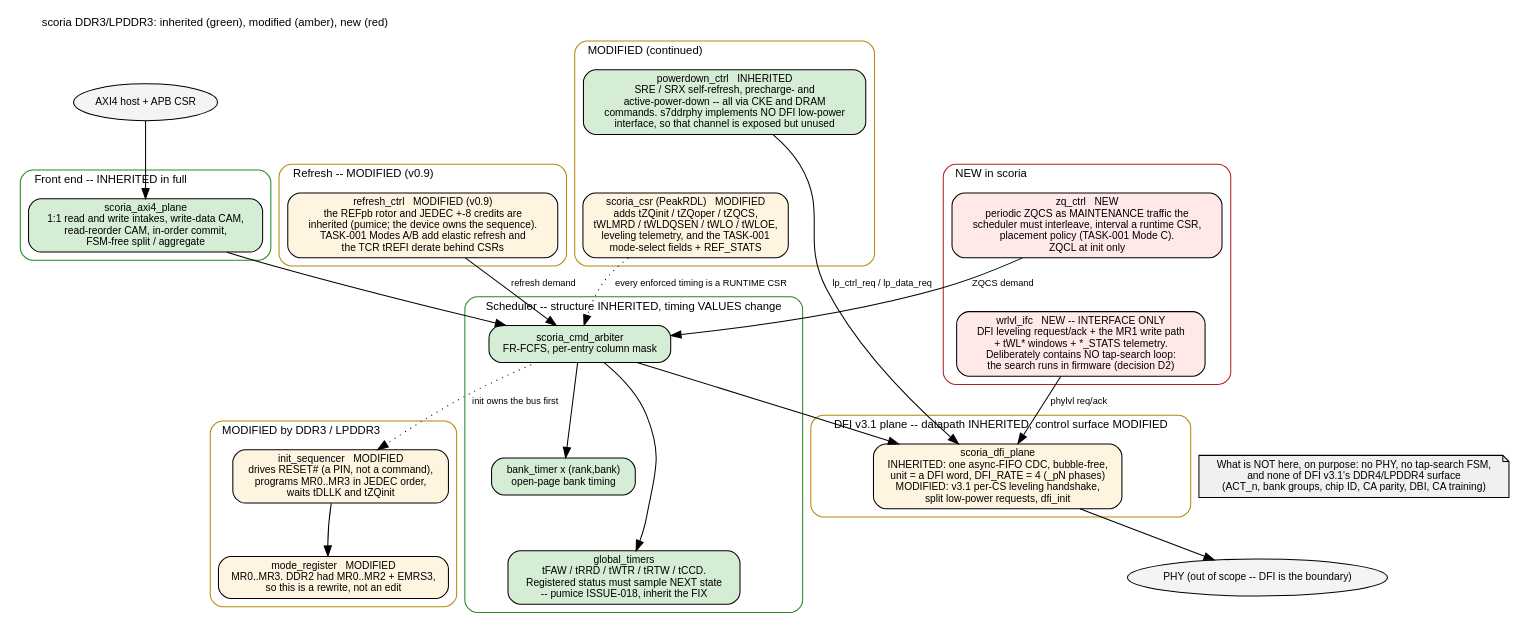
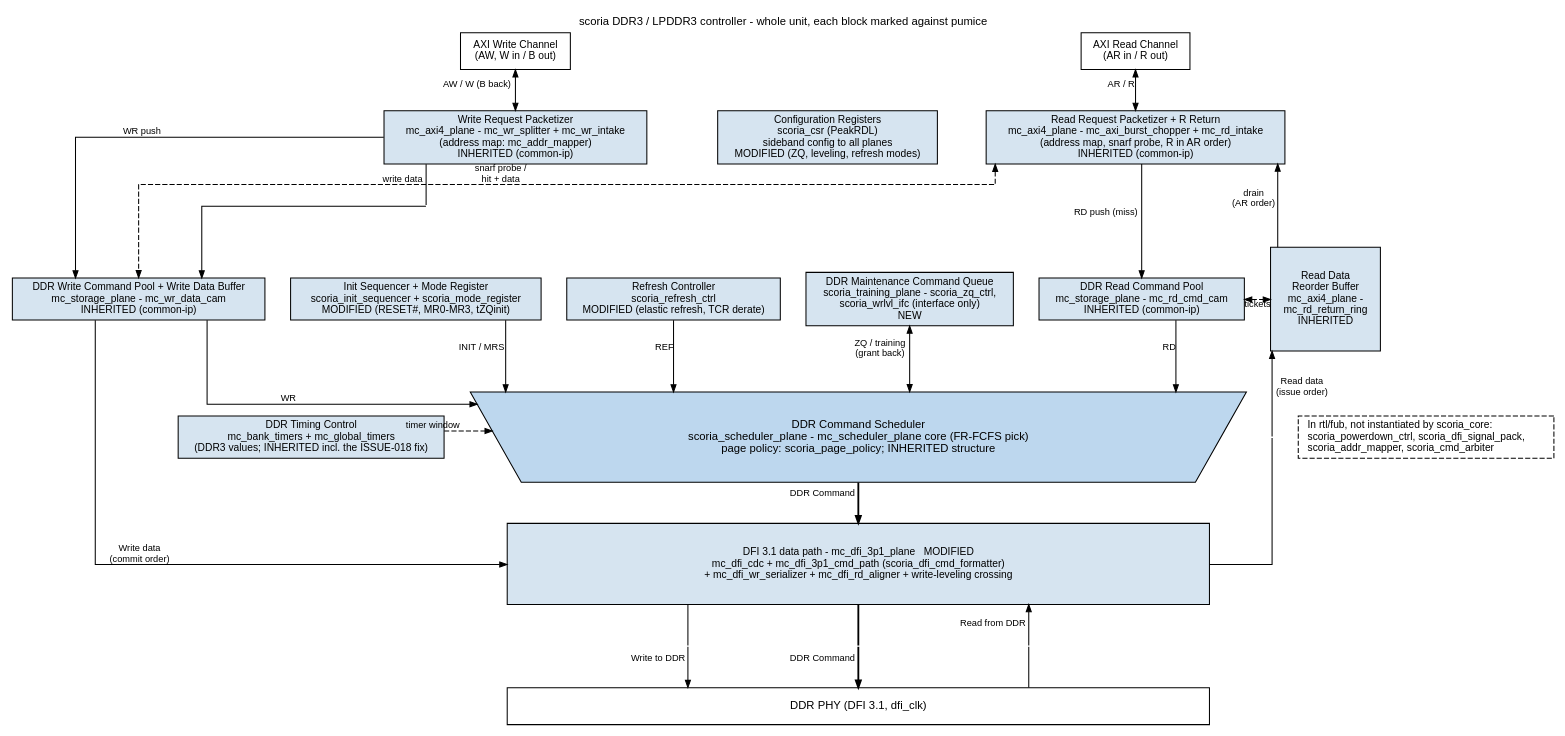
Before and after one commit to sean-galloway/RTLDesignSherpa: the diagram in projects/components/mem-ctrl-ip/research-ip/scoria-ddr3-lpddr3/docs/scoria_has/assets/graphviz/01_block_diagram.dot, drawn with Graphviz. The commit also changed 99 other files, not shown here.

```diff
--- a/projects/components/mem-ctrl-ip/research-ip/scoria-ddr3-lpddr3/docs/scoria_has/assets/graphviz/01_block_diagram.dot
+++ b/projects/components/mem-ctrl-ip/research-ip/scoria-ddr3-lpddr3/docs/scoria_has/assets/graphviz/01_block_diagram.dot
@@ -1,73 +1,116 @@
-// scoria top-level, every block marked against pumice.
-// Green = inherited unchanged. Amber = modified. Red = new.
-digraph scoria_blocks {
-    graph [rankdir=TB, fontname="Helvetica", fontsize=11, nodesep=0.3, ranksep=0.55,
-           label="scoria DDR3/LPDDR3: inherited (green), modified (amber), new (red)", labelloc=t, labeljust=l];
-    node  [fontname="Helvetica", fontsize=10, shape=box, style="rounded,filled"];
-    edge  [fontname="Helvetica", fontsize=9];
+// scoria whole-unit block diagram -- house style per
+// vault/handbook/authoring/block-diagrams.md and common_has STYLE.md, in the
+// geography of common_has/assets/graphviz/01_whole_unit.dot (the reference).
+// Command down the center, write data down the left, read data back up the
+// right edge into the AXI read channel. The last label line of each block marks it INHERITED, MODIFIED or NEW against pumice.
+digraph scoria_whole_unit {
+    graph [rankdir=TB, bgcolor="white", fontname="Helvetica", fontsize=11,
+           nodesep="0.35", ranksep="0.55", splines=ortho,
+           label="scoria DDR3 / LPDDR3 controller - whole unit, each block marked against pumice", labelloc=t, labeljust=c];
+    node  [fontname="Helvetica", fontsize=10, shape=box, style=filled,
+           fillcolor="#D6E4F0", color="black", margin="0.12,0.06"];
+    edge  [fontname="Helvetica", fontsize=9, color="black", arrowsize=0.7];
 
-    host [label="AXI4 host + APB CSR", shape=ellipse, fillcolor="#f4f4f4"];
+    axi_wr [label="AXI Write Channel\n(AW, W in / B out)", fillcolor="white", group=W];
+    axi_rd [label="AXI Read Channel\n(AR in / R out)", fillcolor="white", group=R];
 
-    subgraph cluster_fe {
-        label="Front end -- INHERITED in full"; style="rounded"; color="#228B22";
-        axi [label="scoria_axi4_plane\n1:1 read and write intakes, write-data CAM,\nread-reorder CAM, in-order commit,\nFSM-free split / aggregate", fillcolor="#d5ecd5"];
-    }
+    wr_pkt [label="Write Request Packetizer\nmc_axi4_plane - mc_wr_splitter + mc_wr_intake\n(address map: mc_addr_mapper)
+INHERITED (common-ip)", group=W];
+    rd_pkt [label="Read Request Packetizer + R Return\nmc_axi4_plane - mc_axi_burst_chopper + mc_rd_intake\n(address map, snarf probe, R in AR order)
+INHERITED (common-ip)", group=R];
+    cfg    [label="Configuration Registers\nscoria_csr (PeakRDL)\nsideband config to all planes
+MODIFIED (ZQ, leveling, refresh modes)"];
 
-    subgraph cluster_sched {
-        label="Scheduler -- structure INHERITED, timing VALUES change"; style="rounded"; color="#228B22";
-        arb  [label="scoria_cmd_arbiter\nFR-FCFS, per-entry column mask", fillcolor="#d5ecd5"];
-        bt   [label="bank_timer x (rank,bank)\nopen-page bank timing", fillcolor="#d5ecd5"];
-        gt   [label="global_timers\ntFAW / tRRD / tWTR / tRTW / tCCD.\nRegistered status must sample NEXT state\n-- pumice ISSUE-018, inherit the FIX", fillcolor="#d5ecd5"];
-        arb -> bt; arb -> gt;
-    }
+    wr_pool [label="DDR Write Command Pool + Write Data Buffer\nmc_storage_plane - mc_wr_data_cam
+INHERITED (common-ip)"];
+    rd_pool [label="DDR Read Command Pool\nmc_storage_plane - mc_rd_cmd_cam
+INHERITED (common-ip)"];
+    rbuf    [label="Read Data\nReorder Buffer\nmc_axi4_plane -\nmc_rd_return_ring
+INHERITED", height=1.4];
 
-    subgraph cluster_mod {
-        label="MODIFIED by DDR3 / LPDDR3"; style="rounded"; color="#B8860B";
-        init [label="init_sequencer   MODIFIED\ndrives RESET# (a PIN, not a command),\nprograms MR0..MR3 in JEDEC order,\nwaits tDLLK and tZQinit", fillcolor="#fff4e0"];
-        mr   [label="mode_register   MODIFIED\nMR0..MR3. DDR2 had MR0..MR2 + EMRS3,\nso this is a rewrite, not an edit", fillcolor="#fff4e0"];
-    }
-    subgraph cluster_ref {
-        label="Refresh -- MODIFIED (v0.9)"; style="rounded"; color="#B8860B";
-        ref  [label="refresh_ctrl   MODIFIED (v0.9)\nthe REFpb rotor and JEDEC +-8 credits are\ninherited (pumice; the device owns the sequence).\nTASK-001 Modes A/B add elastic refresh and\nthe TCR tREFI derate behind CSRs", fillcolor="#fff4e0"];
-    }
-    subgraph cluster_mod2 {
-        label="MODIFIED (continued)"; style="rounded"; color="#B8860B";
-        pd   [label="powerdown_ctrl   INHERITED\nSRE / SRX self-refresh, precharge- and\nactive-power-down -- all via CKE and DRAM\ncommands. s7ddrphy implements NO DFI low-power\ninterface, so that channel is exposed but unused", fillcolor="#d5ecd5"];
-        csr  [label="scoria_csr (PeakRDL)   MODIFIED\nadds tZQinit / tZQoper / tZQCS,\ntWLMRD / tWLDQSEN / tWLO / tWLOE,\nleveling telemetry, and the TASK-001\nmode-select fields + REF_STATS", fillcolor="#fff4e0"];
-    }
+    init  [label="Init Sequencer + Mode Register
+scoria_init_sequencer + scoria_mode_register
+MODIFIED (RESET#, MR0-MR3, tZQinit)"];
+    refc  [label="Refresh Controller
+scoria_refresh_ctrl
+MODIFIED (elastic refresh, TCR derate)"];
+    maint [label="DDR Maintenance Command Queue
+scoria_training_plane - scoria_zq_ctrl,
+scoria_wrlvl_ifc (interface only)
+NEW"];
 
-    subgraph cluster_new {
-        label="NEW in scoria"; style="rounded"; color="#B22222";
-        zq   [label="zq_ctrl   NEW\nperiodic ZQCS as MAINTENANCE traffic the\nscheduler must interleave, interval a runtime CSR,\nplacement policy (TASK-001 Mode C).\nZQCL at init only", fillcolor="#ffe8e8"];
-        wl   [label="wrlvl_ifc   NEW -- INTERFACE ONLY\nDFI leveling request/ack + the MR1 write path\n+ tWL* windows + *_STATS telemetry.\nDeliberately contains NO tap-search loop:\nthe search runs in firmware (decision D2)", fillcolor="#ffe8e8"];
-    }
+    sched [label="DDR Command Scheduler\nscoria_scheduler_plane - mc_scheduler_plane core (FR-FCFS pick)
+page policy: scoria_page_policy; INHERITED structure",
+           shape=polygon, sides=4, distortion=0.10, width=10.5, height=0.6,
+           fillcolor="#BDD7EE", fontsize=11];
+    tctl  [label="DDR Timing Control\nmc_bank_timers + mc_global_timers\n(DDR3 values; INHERITED incl. the ISSUE-018 fix)"];
+    orphan [label="In rtl/fub, not instantiated by scoria_core:\lscoria_powerdown_ctrl, scoria_dfi_signal_pack,\lscoria_addr_mapper, scoria_cmd_arbiter\l", fillcolor="white", style="filled,dashed"];
 
-    subgraph cluster_dfi {
-        label="DFI v3.1 plane -- datapath INHERITED, control surface MODIFIED"; style="rounded"; color="#B8860B";
-        dfi [label="scoria_dfi_plane\nINHERITED: one async-FIFO CDC, bubble-free,\nunit = a DFI word, DFI_RATE = 4 (_pN phases)\nMODIFIED: v3.1 per-CS leveling handshake,\nsplit low-power requests, dfi_init", fillcolor="#fff4e0"];
-    }
+    dfi [label="DFI 3.1 data path - mc_dfi_3p1_plane   MODIFIED
+mc_dfi_cdc + mc_dfi_3p1_cmd_path (scoria_dfi_cmd_formatter)
++ mc_dfi_wr_serializer + mc_dfi_rd_aligner + write-leveling crossing", width=9.5, height=1.1];
 
-    phy [label="PHY (out of scope -- DFI is the boundary)", shape=ellipse, fillcolor="#f4f4f4"];
+    phy [label="DDR PHY (DFI 3.1, dfi_clk)", fillcolor="white", width=9.5, height=0.5, fontsize=11];
 
-    host -> axi; axi -> arb;
-    arb -> init [style=dotted, label="init owns the bus first"];
-    init -> mr;
-    ref -> arb [label="refresh demand"];
-    zq  -> arb [label="ZQCS demand"];
-    pd  -> dfi [label="lp_ctrl_req / lp_data_req"];
-    wl  -> dfi [label="phylvl req/ack"];
-    csr -> arb [style=dotted, label="every enforced timing is a RUNTIME CSR"];
-    arb -> dfi; dfi -> phy;
+    // ---- point scaffolds: one per crossing ----
+    node [shape=point, width=0.01, height=0.01, label="", style=invis];
+    s_wd; s_rd; p_wr; p_cmd; p_rd;
+    sp1 [fixedsize=true, width=1.6, height=0.02, shape=box];
+    sp2 [fixedsize=true, width=1.6, height=0.02, shape=box];
+    node [shape=box, style=filled];
 
-    // Layout only. Five modified blocks and two new ones placed side by side
-    // render 4.2:1, which the page scaler squashes to a sliver -- see
-    // vault/handbook/authoring/spec-doc-standards.md. Stack them instead.
-    init -> mr [style=invis]; mr -> ref [style=invis]; ref -> pd [style=invis];
-    pd -> csr [style=invis];
-    csr -> zq [style=invis];
-    zq -> wl [style=invis];
-    bt -> gt [style=invis];
+    // ---- host channels ----
+    axi_wr -> wr_pkt [dir=both, xlabel="AW / W (B back)"];
+    axi_rd -> rd_pkt [dir=both, xlabel="AR / R"];
 
-    note [label="What is NOT here, on purpose: no PHY, no tap-search FSM,\nand none of DFI v3.1's DDR4/LPDDR4 surface\n(ACT_n, bank groups, chip ID, CA parity, DBI, CA training)", shape=note, fillcolor="#f0f0f0"];
-    note -> phy [style=invis];
+    // ---- write side ----
+    wr_pkt  -> wr_pool [xlabel="WR push"];
+    wr_pkt  -> s_wd    [dir=none, xlabel="write data"];
+    s_wd    -> wr_pool;
+    wr_pool -> sched   [xlabel="WR"];
+    wr_pool -> dfi     [xlabel="Write data\n(commit order)"];
+
+    // ---- read side ----
+    rd_pkt  -> rd_pool [xlabel="RD push (miss)"];
+    rd_pkt  -> wr_pool [dir=both, style=dashed, xlabel="snarf probe /\nhit + data", constraint=false];
+    rd_pool -> sched   [xlabel="RD"];
+    rd_pool -> rbuf    [dir=both, style=dashed, xlabel="tickets", constraint=false];
+
+    // ---- maintenance + timing into the pick ----
+    init  -> sched [xlabel="INIT / MRS"];
+    refc  -> sched [xlabel="REF"];
+    maint -> sched [dir=both, xlabel="ZQ / training\n(grant back)"];
+    tctl  -> sched [style=dashed, xlabel="timer window"];
+
+    // ---- the winner ----
+    sched -> dfi [penwidth=1.8, xlabel="DDR Command"];
+
+    // ---- PHY crossings ----
+    dfi   -> p_wr  [dir=none];
+    p_wr  -> phy   [xlabel="Write to DDR"];
+    dfi   -> p_cmd [dir=none, penwidth=1.8];
+    p_cmd -> phy   [penwidth=1.8, xlabel="DDR Command"];
+    dfi   -> p_rd  [dir=back, xlabel="Read from DDR"];
+    p_rd  -> phy   [dir=none];
+
+    // ---- read return: up the right edge ----
+    rbuf -> s_rd [dir=back, xlabel="Read data\n(issue order)"];
+    s_rd -> dfi  [dir=none];
+    rd_pkt -> rbuf [dir=back, xlabel="drain\n(AR order)"];
+
+    // ---- ranks ----
+    { rank=same; axi_wr; axi_rd; }
+    { rank=same; wr_pkt; cfg; rd_pkt; }
+    { rank=same; s_wd; }
+    { rank=same; wr_pool; rd_pool; }
+    { rank=same; init; refc; maint; rbuf;  }
+    { rank=same; sched; tctl; orphan; }
+    { rank=same; s_rd; }
+    { rank=same; p_wr; sp1; p_cmd; sp2; p_rd; }
+    axi_wr -> axi_rd [style=invis];
+    wr_pkt -> cfg -> rd_pkt [style=invis];
+    wr_pool -> rd_pool [style=invis];
+    init -> refc -> maint -> rbuf [style=invis];
+    tctl -> sched -> orphan [style=invis];
+    p_wr -> sp1 -> p_cmd -> sp2 -> p_rd [style=invis];
 }
```
